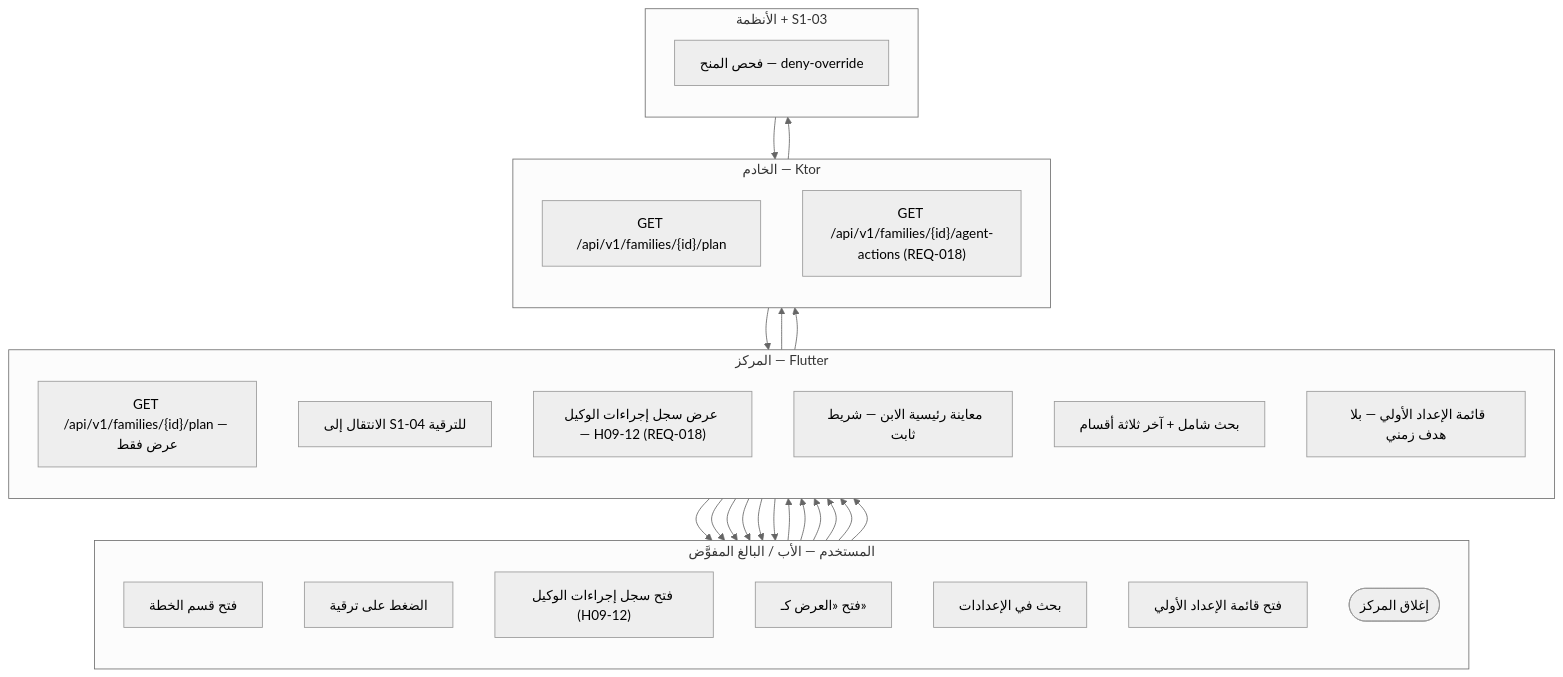
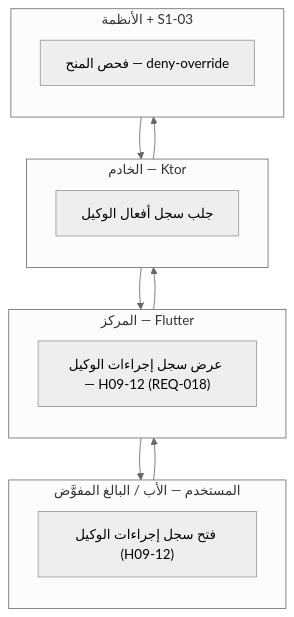
Diagram 32 of 33 in docs/family-os/governance/phases/phase-1/S1-09-command-center-and-settings/DIAGRAMS.md (Bassam-mohammed-alqaeadi/family-os-v2), drawn with Mermaid (neutral theme) before and after one commit. The commit also changed other lines of this file, not shown here.

````diff
--- a/docs/family-os/governance/phases/phase-1/S1-09-command-center-and-settings/DIAGRAMS.md
+++ b/docs/family-os/governance/phases/phase-1/S1-09-command-center-and-settings/DIAGRAMS.md
@@ -740,49 +1068,25 @@
 ```mermaid
 flowchart TD
     subgraph User [المستخدم — الأب / البالغ المفوَّض]
         direction TB
-        U6[فتح قسم الخطة]
-        U9[الضغط على ترقية]
         U10["فتح سجل إجراءات الوكيل (H09-12)"]
-        U11[فتح «العرض كـ»]
-        U12[بحث في الإعدادات]
-        U13[فتح قائمة الإعداد الأولي]
-        U7([إغلاق المركز])
     end
     subgraph Hub [المركز — Flutter]
         direction TB
-        H8["GET /api/v1/families/{id}/plan — عرض فقط"]
-        H9[الانتقال إلى S1-04 للترقية]
         H14["عرض سجل إجراءات الوكيل — H09-12 (REQ-018)"]
-        H15[معاينة رئيسية الابن — شريط ثابت]
-        H16[بحث شامل + آخر ثلاثة أقسام]
-        H19[قائمة الإعداد الأولي — بلا هدف زمني]
     end
     subgraph Server [الخادم — Ktor]
         direction TB
-        V4["GET /api/v1/families/{id}/plan"]
-        V8["GET /api/v1/families/{id}/agent-actions (REQ-018)"]
+        V8[جلب سجل أفعال الوكيل]
     end
     subgraph Systems [الأنظمة + S1-03]
         direction TB
         G1[فحص المنح — deny-override]
     end
-
-    U6 --> H8
-    H8 --> V4
-    H8 --> U9
-    U9 --> H9
-    H9 --> U7
     U10 --> H14
     H14 --> V8
     V8 --> G1
     G1 --> V8
     V8 --> H14
     H14 --> U10
-    U11 --> H15
-    H15 --> U11
-    U12 --> H16
-    H16 --> U12
-    U13 --> H19
-    H19 --> U13
 ```
````
